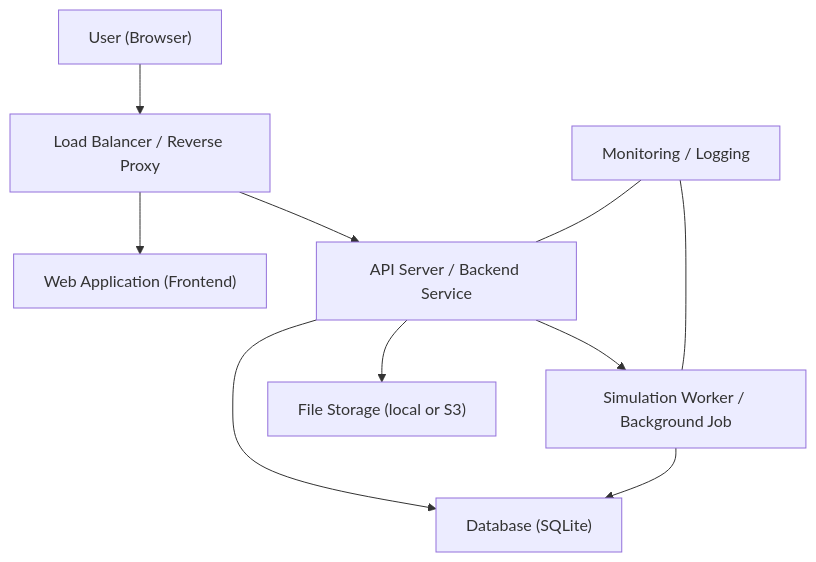
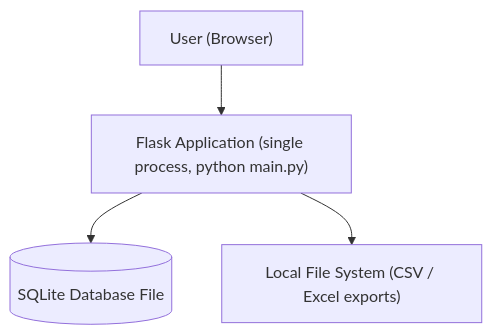
Before and after one commit to Darnell-Beganovic/zms-BBS: the second of 2 diagrams in Projektplanung/Architecture_System_Diagram.md, drawn with Mermaid. The commit also changed other lines of this file and 9 other files, not shown here.

````diff
--- a/Projektplanung/Architecture_System_Diagram.md
+++ b/Projektplanung/Architecture_System_Diagram.md
@@ -49,12 +53,6 @@
 ```mermaid
 flowchart TD
-  User["User (Browser)"] --> LB["Load Balancer / Reverse Proxy"]
-  LB --> WebApp["Web Application (Frontend)"]
-  LB --> APIServer["API Server / Backend Service"]
-  APIServer --> DB["Database (SQLite)"]
-  APIServer --> SimulationWorker["Simulation Worker / Background Job"]
-  SimulationWorker --> DB
-  APIServer --> FileStore["File Storage (local or S3)"]
-  Monitoring["Monitoring / Logging"] --- APIServer
-  Monitoring --- SimulationWorker
+  User["User (Browser)"] --> FlaskApp["Flask Application (single process, python main.py)"]
+  FlaskApp --> DB[("SQLite Database File")]
+  FlaskApp --> FileStore["Local File System (CSV / Excel exports)"]
 ```
````
